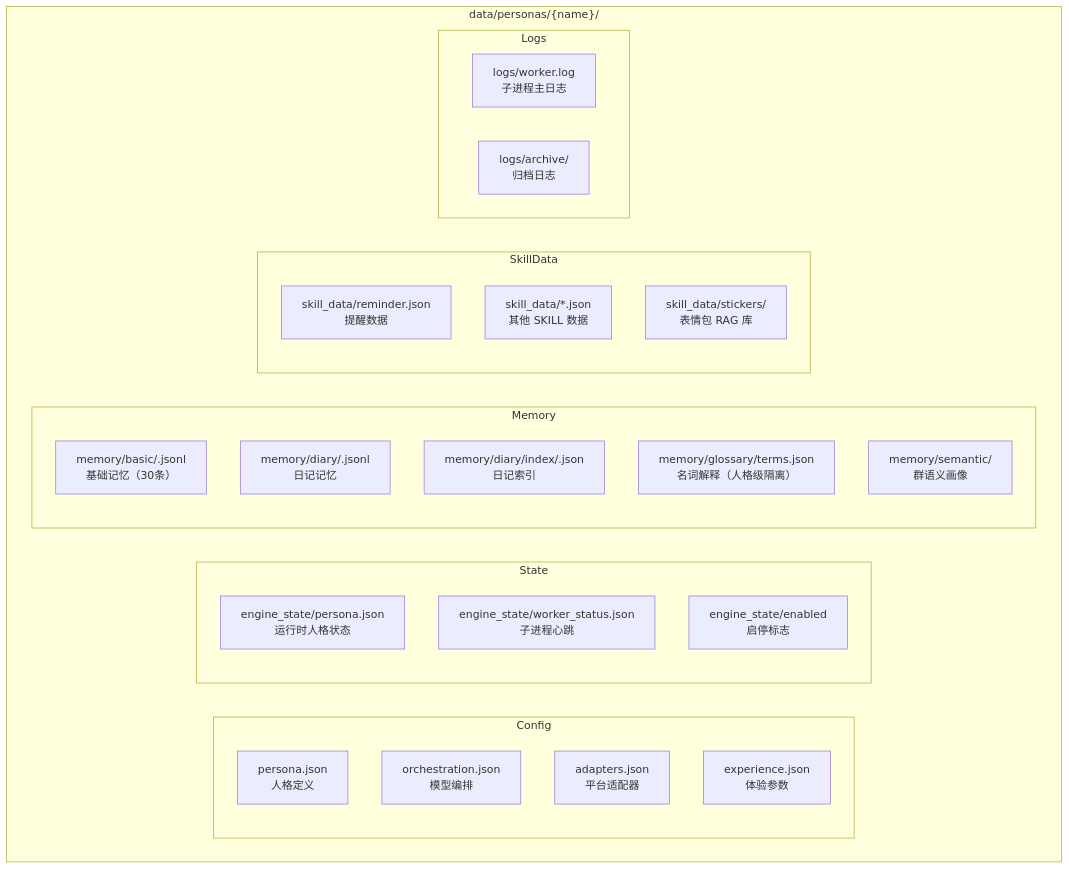
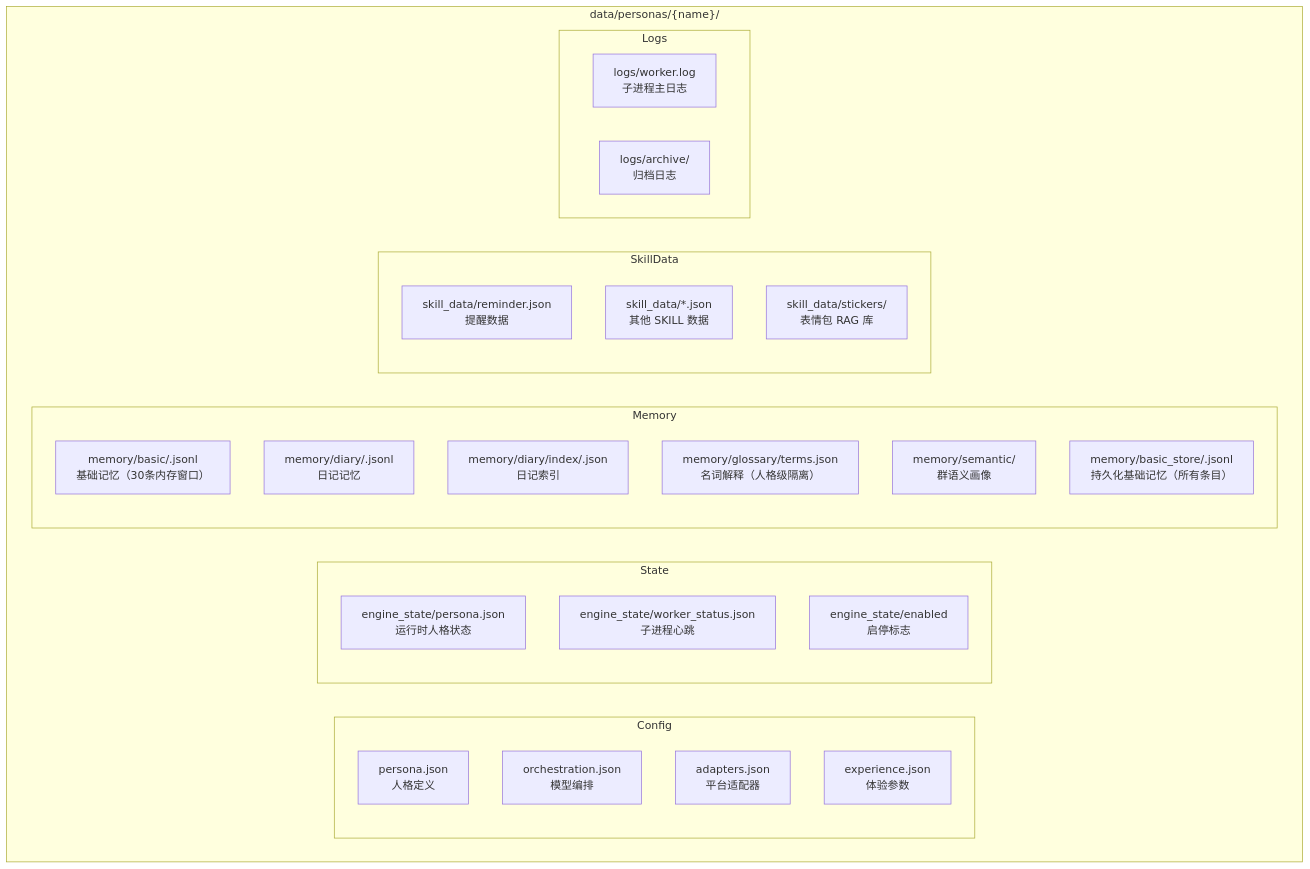
The ninth of 10 diagrams in guide/architecture-overview.md (LiveSirius/SiriusPulse-Docs), drawn with Mermaid before and after one commit. The commit also changed other lines of this file and 1 other file, not shown here.

````diff
--- a/guide/architecture-overview.md
+++ b/guide/architecture-overview.md
@@ -361,42 +364,43 @@
 ```mermaid
 flowchart TD
     subgraph PersonaDir["data/personas/{name}/"]
         Config["配置层"]
         State["运行状态"]
         Memory["记忆层"]
         SkillData["SKILL 数据"]
         Logs["日志"]
     end
 
     subgraph Config
         C1["persona.json<br/>人格定义"]
         C2["orchestration.json<br/>模型编排"]
         C3["adapters.json<br/>平台适配器"]
         C4["experience.json<br/>体验参数"]
     end
 
     subgraph State
         S1["engine_state/persona.json<br/>运行时人格状态"]
         S2["engine_state/worker_status.json<br/>子进程心跳"]
         S3["engine_state/enabled<br/>启停标志"]
     end
 
     subgraph Memory
-        M1["memory/basic/<group_id>.jsonl<br/>基础记忆（30条）"]
+        M1["memory/basic/<group_id>.jsonl<br/>基础记忆（30条内存窗口）"]
         M2["memory/diary/<group_id>.jsonl<br/>日记记忆"]
         M3["memory/diary/index/<group_id>.json<br/>日记索引"]
         M4["memory/glossary/terms.json<br/>名词解释（人格级隔离）"]
         M5["memory/semantic/<br/>群语义画像"]
+        M6["memory/basic_store/<group_id>.jsonl<br/>持久化基础记忆（所有条目）"]
     end
 
     subgraph SkillData
         SD1["skill_data/reminder.json<br/>提醒数据"]
         SD2["skill_data/*.json<br/>其他 SKILL 数据"]
         SD3["skill_data/stickers/<br/>表情包 RAG 库"]
     end
 
     subgraph Logs
         L1["logs/worker.log<br/>子进程主日志"]
         L2["logs/archive/<br/>归档日志"]
     end
 ```
````
